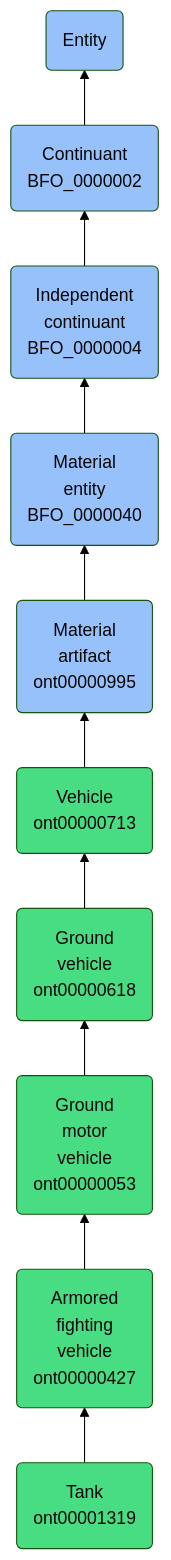
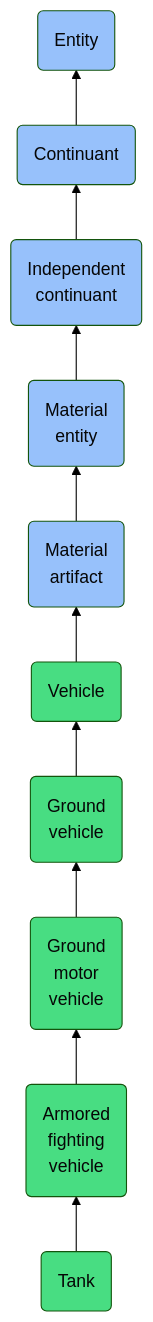
Before and after one commit to jupyter-naas/abi: the diagram in docs/ontology/reference/model/Entity/Continuant/Independent continuant/Material entity/Material artifact/Vehicle/Ground vehicle/Ground motor vehicle/Armored fighting vehicle/Tank/Tank.md, drawn with Mermaid (forest theme). The commit also changed other lines of this file and 1430 other files, not shown here.

````diff
--- a/docs/ontology/reference/model/Entity/Continuant/Independent continuant/Material entity/Material artifact/Vehicle/Ground vehicle/Ground motor vehicle/Armored fighting vehicle/Tank/Tank.md
+++ b/docs/ontology/reference/model/Entity/Continuant/Independent continuant/Material entity/Material artifact/Vehicle/Ground vehicle/Ground motor vehicle/Armored fighting vehicle/Tank/Tank.md
@@ -24,17 +24,17 @@
 ```mermaid
 graph BT
-    ont00001319(Tank<br>ont00001319):::ABI-->ont00000427
-    ont00000427(Armored<br>fighting<br>vehicle<br>ont00000427):::ABI-->ont00000053
-    ont00000053(Ground<br>motor<br>vehicle<br>ont00000053):::ABI-->ont00000618
-    ont00000618(Ground<br>vehicle<br>ont00000618):::ABI-->ont00000713
-    ont00000713(Vehicle<br>ont00000713):::ABI-->ont00000995
-    ont00000995(Material<br>artifact<br>ont00000995):::BFO-->BFO_0000040
-    BFO_0000040(Material<br>entity<br>BFO_0000040):::BFO-->BFO_0000004
-    BFO_0000004(Independent<br>continuant<br>BFO_0000004):::BFO-->BFO_0000002
-    BFO_0000002(Continuant<br>BFO_0000002):::BFO-->BFO_0000001
+    ont00001319(Tank):::ABI-->ont00000427
+    ont00000427(Armored<br>fighting<br>vehicle):::ABI-->ont00000053
+    ont00000053(Ground<br>motor<br>vehicle):::ABI-->ont00000618
+    ont00000618(Ground<br>vehicle):::ABI-->ont00000713
+    ont00000713(Vehicle):::ABI-->ont00000995
+    ont00000995(Material<br>artifact):::BFO-->BFO_0000040
+    BFO_0000040(Material<br>entity):::BFO-->BFO_0000004
+    BFO_0000004(Independent<br>continuant):::BFO-->BFO_0000002
+    BFO_0000002(Continuant):::BFO-->BFO_0000001
     BFO_0000001(Entity):::BFO
     
     classDef BFO fill:#97c1fb,color:#060606
     classDef CCO fill:#e4c51e,color:#060606
     classDef ABI fill:#48DD82,color:#060606
 ```
````
